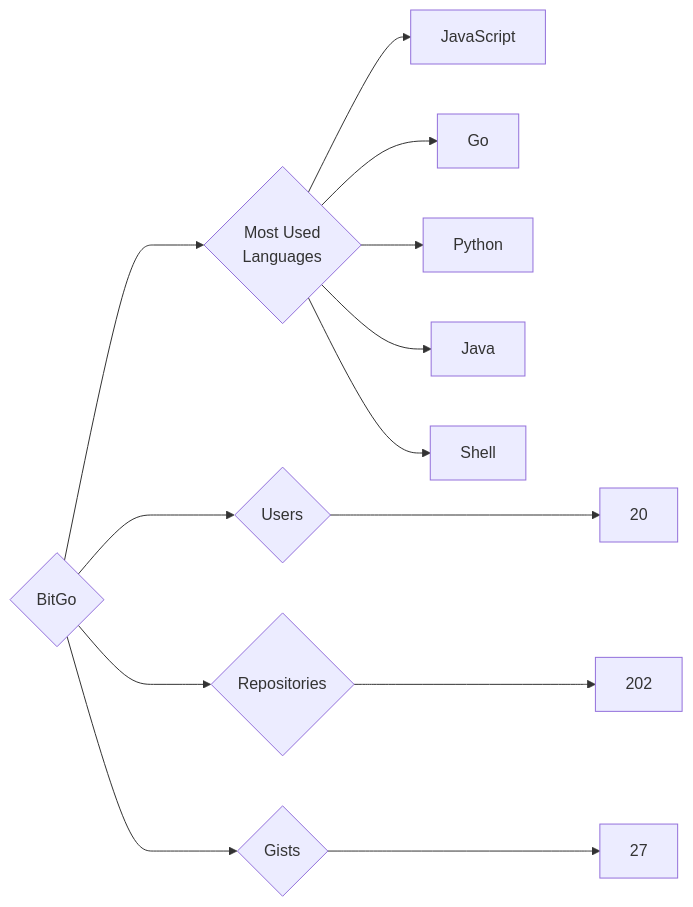
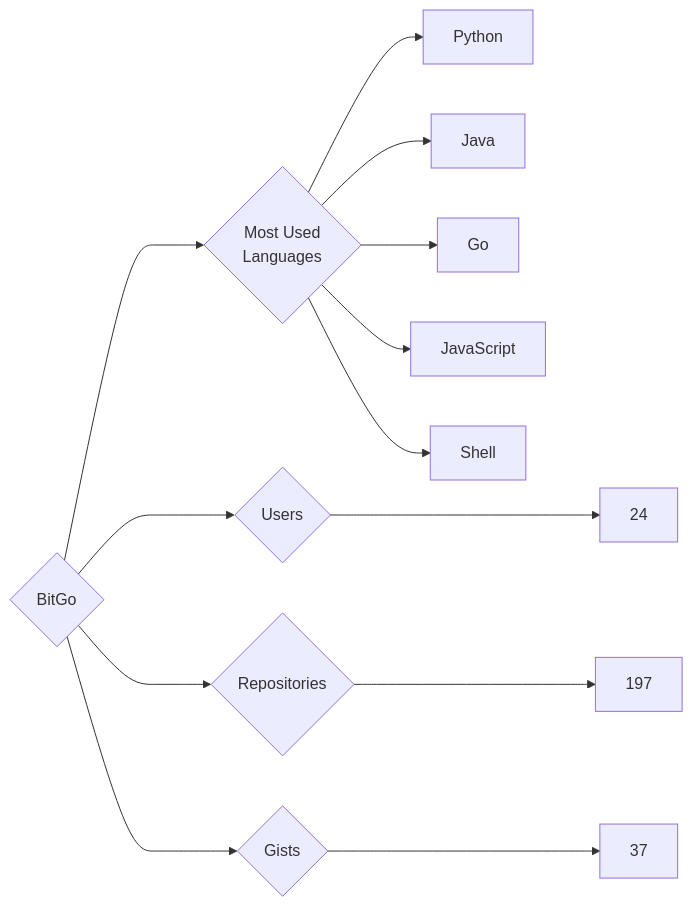
The diagram in targets/BitGo/README.md (trickest/insiders), drawn with Mermaid before and after one commit. The commit also changed 773 other files, not shown here.

````diff
--- a/targets/BitGo/README.md
+++ b/targets/BitGo/README.md
@@ -3,13 +3,13 @@
 ```mermaid
 graph LR
 COMPANY_NAME{BitGo}
-COMPANY_NAME ---> U{Users} ---> UN[20]
-COMPANY_NAME ---> R{Repositories} ---> RN[202]
-COMPANY_NAME ---> G{Gists} ---> GN[27]
+COMPANY_NAME ---> U{Users} ---> UN[24]
+COMPANY_NAME ---> R{Repositories} ---> RN[197]
+COMPANY_NAME ---> G{Gists} ---> GN[37]
 COMPANY_NAME ---> ML{Most Used<br>Languages}
-ML --> JavaScript[JavaScript]
-ML --> Go[Go]
 ML --> Python[Python]
 ML --> Java[Java]
+ML --> Go[Go]
+ML --> JavaScript[JavaScript]
 ML --> Shell[Shell]
 ```
````
